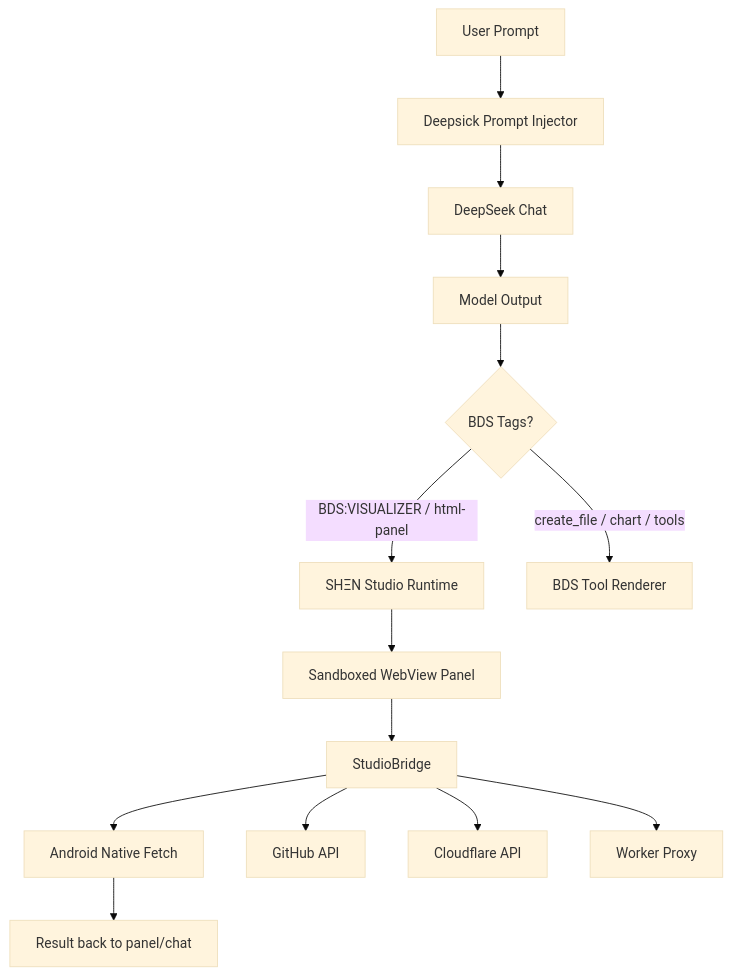
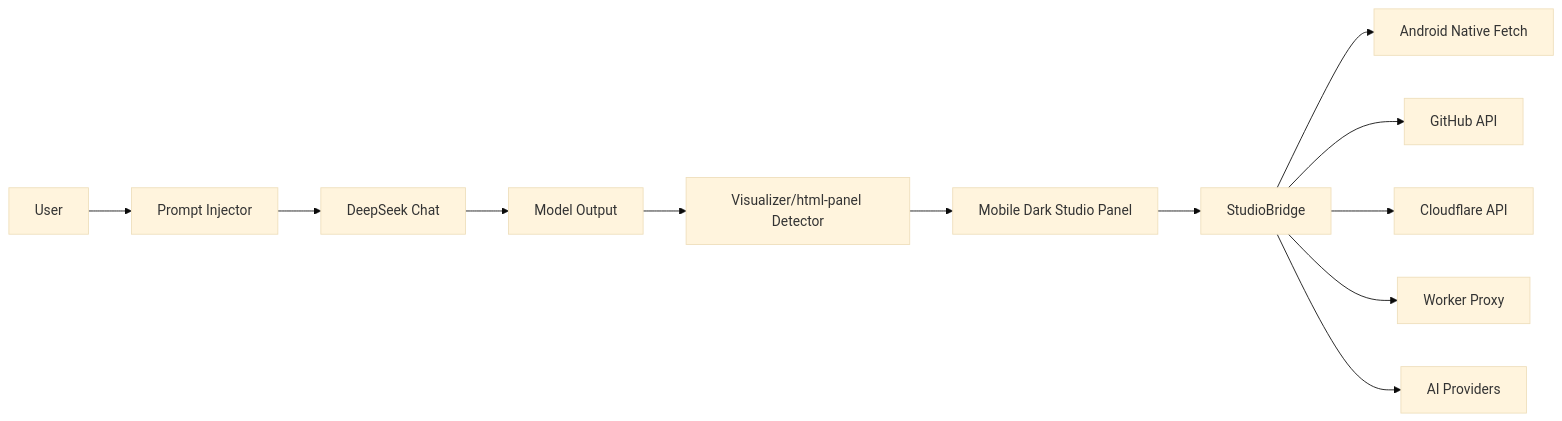
The second of 2 diagrams in README.md (aishervin/Deepsick), drawn with Mermaid (base theme) before and after one commit. The commit also changed other lines of this file and 1 other file, not shown here.

Commit message:
Refine Studio README and mobile terminal behavior

````diff
--- a/README.md
+++ b/README.md
@@ -230,16 +219,14 @@
 ```mermaid
-flowchart TD
-    A[User Prompt] --> B[Deepsick Prompt Injector]
-    B --> C[DeepSeek Chat]
-    C --> D[Model Output]
-    D --> E{BDS Tags?}
-    E -->|BDS:VISUALIZER / html-panel| F[SHΞN Studio Runtime]
-    E -->|create_file / chart / tools| G[BDS Tool Renderer]
-    F --> H[Sandboxed WebView Panel]
-    H --> I[StudioBridge]
-    I --> J[Android Native Fetch]
-    I --> K[GitHub API]
-    I --> L[Cloudflare API]
-    I --> M[Worker Proxy]
-    J --> N[Result back to panel/chat]
+flowchart LR
+    User[User] --> Prompt[Prompt Injector]
+    Prompt --> DeepSeek[DeepSeek Chat]
+    DeepSeek --> Output[Model Output]
+    Output --> Detector[Visualizer/html-panel Detector]
+    Detector --> Panel[Mobile Dark Studio Panel]
+    Panel --> Bridge[StudioBridge]
+    Bridge --> Native[Android Native Fetch]
+    Bridge --> GitHub[GitHub API]
+    Bridge --> Cloudflare[Cloudflare API]
+    Bridge --> Worker[Worker Proxy]
+    Bridge --> AI[AI Providers]
 ```
````
